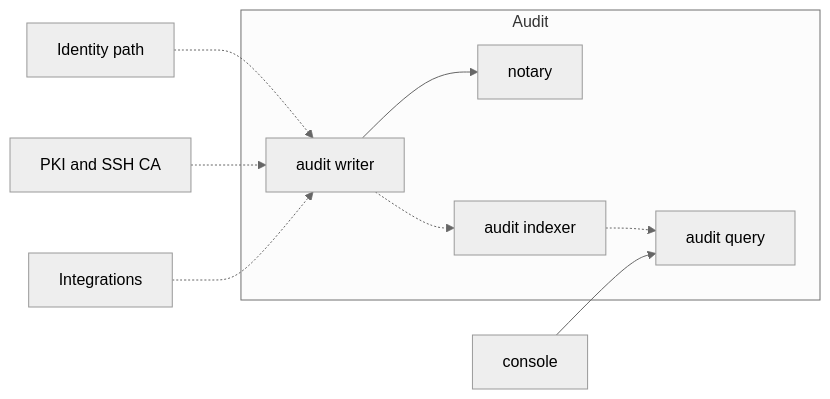
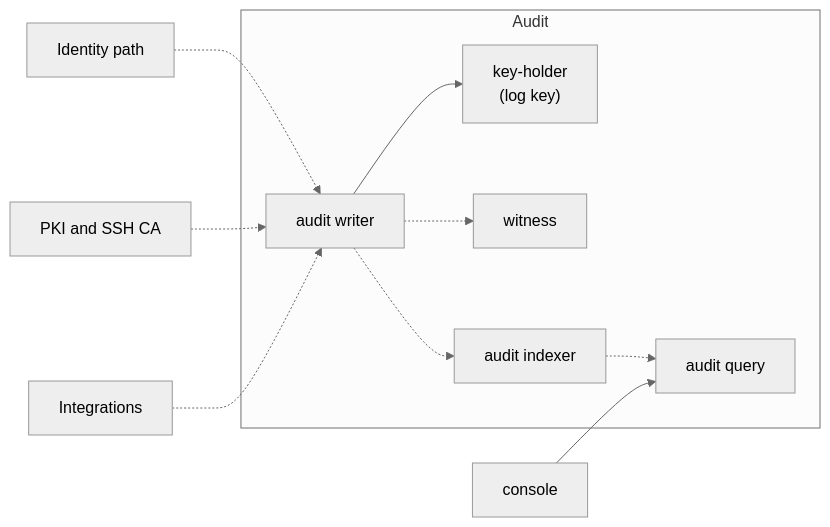
The sixth of 7 diagrams in docs/architecture/components.md (truvity/sluis), drawn with Mermaid (neutral theme) before and after one commit. The commit also changed other lines of this file and 56 other files, not shown here.

````diff
--- a/docs/architecture/components.md
+++ b/docs/architecture/components.md
@@ -268,22 +268,24 @@
 ```mermaid
 flowchart LR
   core["Identity path"]
   cert["PKI and SSH CA"]
   integ["Integrations"]
   con["console"]
 
   subgraph AUDIT["Audit"]
     aw["audit writer"]
-    notary["notary"]
+    kh["key-holder<br/>(log key)"]
+    wit["witness"]
     idx["audit indexer"]
     aq["audit query"]
   end
 
   core -.-> aw
   cert -.-> aw
   integ -.-> aw
-  aw --> notary
+  aw --> kh
+  aw -.-> wit
   aw -.-> idx
   idx -.-> aq
   con --> aq
 ```
````
